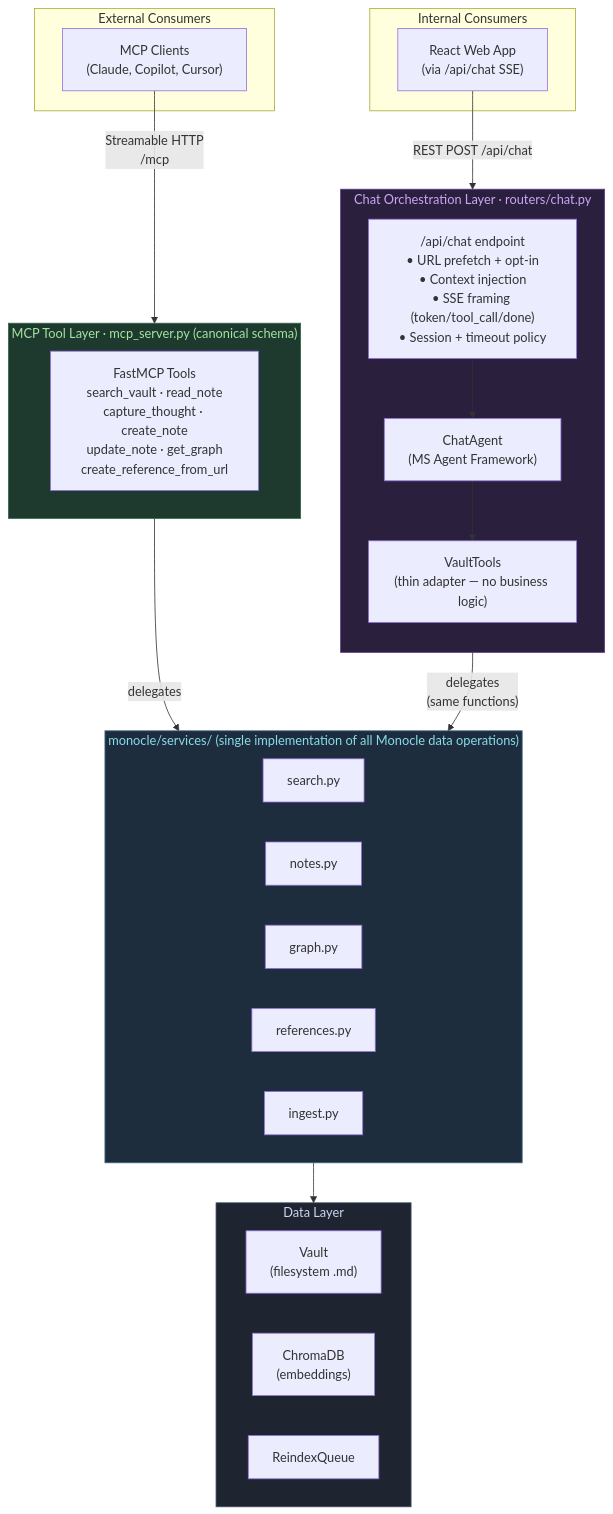
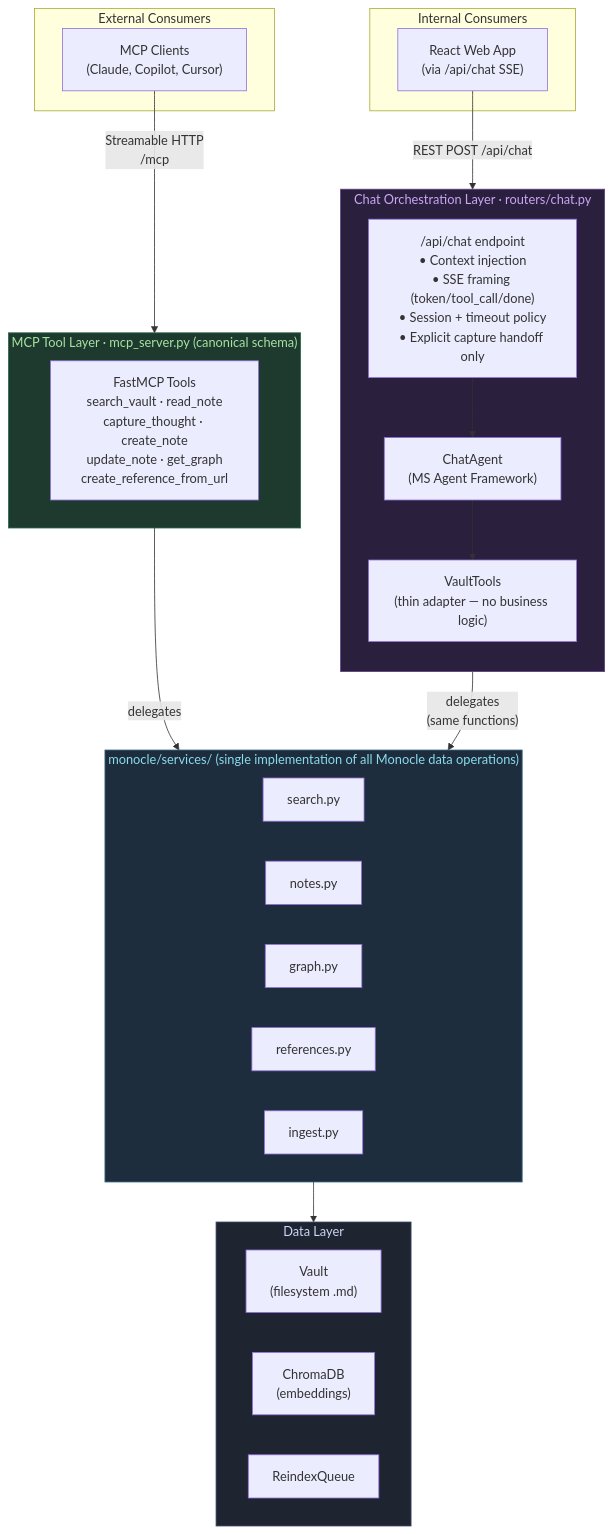
Before and after one commit to epopisces/monocle: diagram 12 of 12 in docs/architecture.md, drawn with Mermaid. The commit also changed other lines of this file and 49 other files, not shown here.

````diff
--- a/docs/architecture.md
+++ b/docs/architecture.md
@@ -665,52 +653,52 @@
 ```mermaid
 flowchart TB
     subgraph EXTERNAL["External Consumers"]
         MCP_CLI["MCP Clients<br/>(Claude, Copilot, Cursor)"]
     end
 
     subgraph INTERNAL["Internal Consumers"]
         BROWSER["React Web App<br/>(via /api/chat SSE)"]
     end
 
     subgraph CHAT_LAYER["Chat Orchestration Layer  ·  routers/chat.py"]
         direction TB
-        CHAT_ORCH["/api/chat endpoint<br/>• URL prefetch + opt-in<br/>• Context injection<br/>• SSE framing (token/tool_call/done)<br/>• Session + timeout policy"]
+        CHAT_ORCH["/api/chat endpoint<br/>• Context injection<br/>• SSE framing (token/tool_call/done)<br/>• Session + timeout policy<br/>• Explicit capture handoff only"]
         CHAT_AGENT["ChatAgent<br/>(MS Agent Framework)"]
         VAULT_TOOLS["VaultTools<br/>(thin adapter — no business logic)"]
     end
 
     subgraph MCP_LAYER["MCP Tool Layer  ·  mcp_server.py  (canonical schema)"]
         direction LR
         MCP_TOOLS["FastMCP Tools<br/>search_vault · read_note<br/>capture_thought · create_note<br/>update_note · get_graph<br/>create_reference_from_url"]
     end
 
     subgraph SVC["monocle/services/  (single implementation of all Monocle data operations)"]
         direction LR
         S1["search.py"]
         S2["notes.py"]
         S3["graph.py"]
         S4["references.py"]
         S5["ingest.py"]
     end
 
     subgraph DATA["Data Layer"]
         direction LR
         VAULT_FS["Vault<br/>(filesystem .md)"]
         CHROMA_DB["ChromaDB<br/>(embeddings)"]
         REINDEX["ReindexQueue"]
     end
 
     MCP_CLI -->|"Streamable HTTP<br/>/mcp"| MCP_TOOLS
     BROWSER -->|"REST POST /api/chat"| CHAT_ORCH
     CHAT_ORCH --> CHAT_AGENT --> VAULT_TOOLS
 
     MCP_TOOLS -->|"delegates"| SVC
     VAULT_TOOLS -->|"delegates<br/>(same functions)"| SVC
 
     SVC --> DATA
 
     style MCP_LAYER fill:#1e3a2f,stroke:#2d6b4a,color:#a6e3a1
     style CHAT_LAYER fill:#2a1f3d,stroke:#5e3d8a,color:#cba6f7
     style SVC fill:#1e2d3d,stroke:#3d6b8a,color:#89dceb
     style DATA fill:#1e2430,stroke:#3d4f6b,color:#cdd6f4
 ```
````
